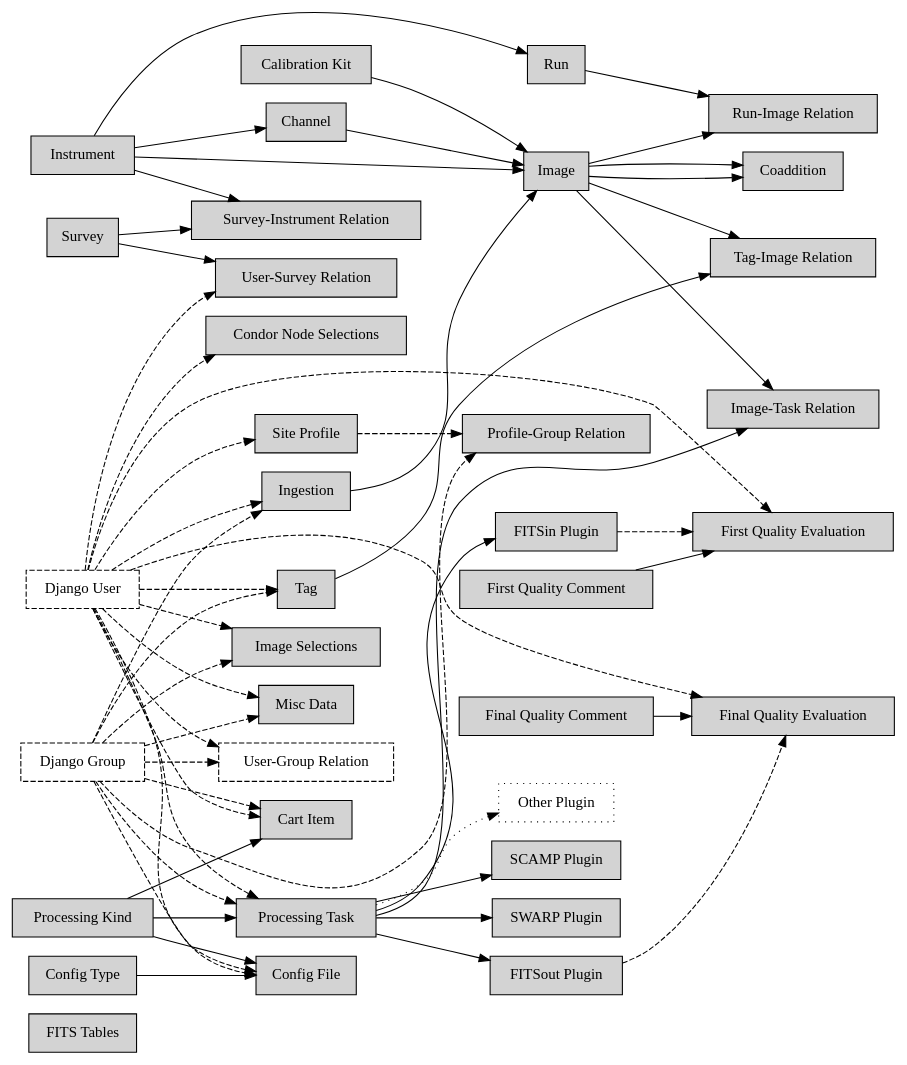
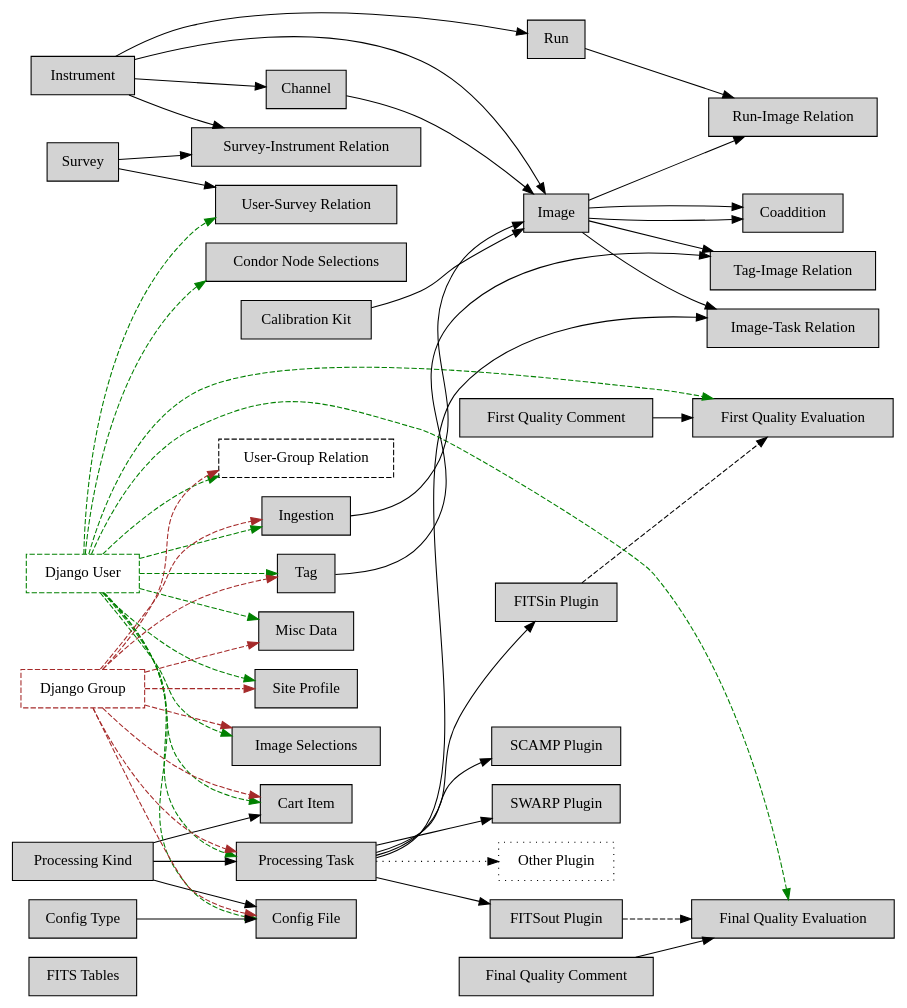
The diagram in doc/handbook/figures/codasyl.dot (gotsunami/Youpi), drawn with Graphviz before and after one commit. The commit also changed 3 other files, not shown here.

Commit message:
Merise models updated Added distinct colors for Django's User and Group entities (and their relations).

```diff
--- a/doc/handbook/figures/codasyl.dot
+++ b/doc/handbook/figures/codasyl.dot
@@ -1,103 +1,101 @@
 /*
  * Youpi's CODASYL logical model
  *
  */
 digraph codasyl { 
 	rankdir = LR;
 	node [shape = box, style = filled];
 
 	/* Standalone records */
 	"FITS Tables";
 
 	/* Linked records */
 	calib [label="Calibration Kit"];
 	imgsel [label="Image Selections"];
 	task [label="Processing Task"];
 	relri [label="Run-Image Relation"];
 	carti [label="Cart Item"];
 	relsi [label="Survey-Instrument Relation"];
 	relit [label="Image-Task Relation"];
 	relus [label="User-Survey Relation"];
 	relug [label="User-Group Relation", style=dashed];
-	relpg [label="Profile-Group Relation"];
 	reltagi [label="Tag-Image Relation"];
 	kind [label="Processing Kind"];
 	plugfitsin [label="FITSin Plugin"];
 	plugfitsout [label="FITSout Plugin"];
 	plugscamp [label="SCAMP Plugin"];
 	plugswarp [label="SWARP Plugin"];
 	plugother [label="Other Plugin", style=dotted];
-	user [label="Django User", style=dashed];
-	group [label="Django Group", style=dashed];
+	user [label="Django User", style=dashed, color=green];
+	group [label="Django Group", style=dashed, color=brown];
 	miscdata [label="Misc Data"];
 	configfile [label="Config File"];
 	configtype [label="Config Type"];
 	ingrading [label="First Quality Evaluation"];
 	outgrading [label="Final Quality Evaluation"];
 	incomment [label="First Quality Comment"];
 	outcomment [label="Final Quality Comment"];
 	siteprofile [label="Site Profile"];
 	condornodesel [label="Condor Node Selections"];
 
 	/* Sets */
 	calib -> Image;
 	Channel -> Image;
 	Ingestion -> Image;
 	Instrument -> Image;
 	Image -> Coaddition;
 	Image -> Coaddition;
 	Image -> relri;
 	Image -> relit;
 	Image -> reltagi;
 	task -> plugfitsin;
 	task -> plugfitsout;
 	task -> plugscamp;
 	task -> plugswarp;
 	task -> plugother[style=dotted];
 	Run -> relri;
 
-	user -> carti[style=dashed];
-	user -> task[style=dashed];
-	user -> Ingestion[style=dashed];
-	user -> imgsel[style=dashed];
-	user -> miscdata[style=dashed];
-	user -> configfile[style=dashed];
-	user -> ingrading[style=dashed];
-	user -> outgrading[style=dashed];
-	user -> siteprofile[style=dashed];
-	user -> condornodesel[style=dashed];
-	user -> relus[style=dashed];
-	user -> relug[style=dashed];
-	user -> Tag[style=dashed];
+	user -> carti[style=dashed, color=green];
+	user -> task[style=dashed, color=green];
+	user -> Ingestion[style=dashed, color=green];
+	user -> imgsel[style=dashed, color=green];
+	user -> miscdata[style=dashed, color=green];
+	user -> configfile[style=dashed, color=green];
+	user -> ingrading[style=dashed, color=green];
+	user -> outgrading[style=dashed, color=green];
+	user -> siteprofile[style=dashed, color=green];
+	user -> condornodesel[style=dashed, color=green];
+	user -> relus[style=dashed, color=green];
+	user -> relug[style=dashed, color=green];
+	user -> Tag[style=dashed, color=green];
 	plugfitsin -> ingrading[style=dashed];
 	plugfitsout -> outgrading[style=dashed];
 
-	group -> task[style=dashed];
-	group -> Tag[style=dashed];
-	group -> carti[style=dashed];
-	group -> configfile[style=dashed];
-	group -> imgsel[style=dashed];
-	group -> Ingestion[style=dashed];
-	group -> miscdata[style=dashed];
-	group -> relug[style=dashed];
-	group -> relpg[style=dashed];
-	siteprofile -> relpg[style=dashed];
+	group -> task[style=dashed, color=brown];
+	group -> Tag[style=dashed, color=brown];
+	group -> carti[style=dashed, color=brown];
+	group -> configfile[style=dashed, color=brown];
+	group -> imgsel[style=dashed, color=brown];
+	group -> Ingestion[style=dashed, color=brown];
+	group -> miscdata[style=dashed, color=brown];
+	group -> relug[style=dashed, color=brown];
+	group -> siteprofile[style=dashed, color=brown];
 	
 	Instrument -> Channel;
 	Instrument -> Run;
 	Survey -> relsi;
 	Survey -> relus;
 	Instrument -> relsi;
 
 	kind -> task;
 	kind -> configfile;
 	kind -> carti;
 
 	configtype -> configfile;
 
 	task -> relit;
 	Tag -> reltagi;
 
 	incomment -> ingrading;
 	outcomment -> outgrading;
 } 
```
